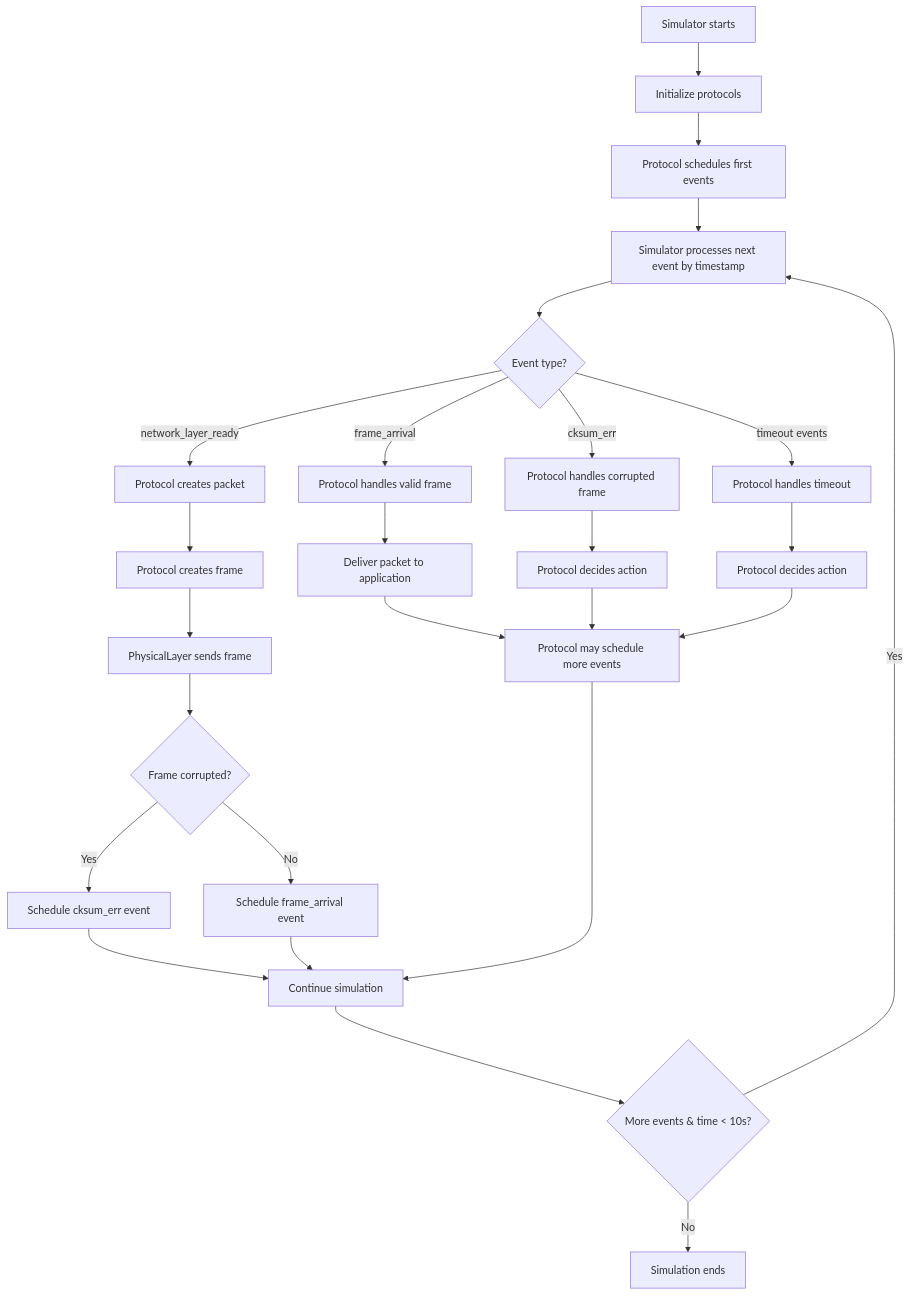
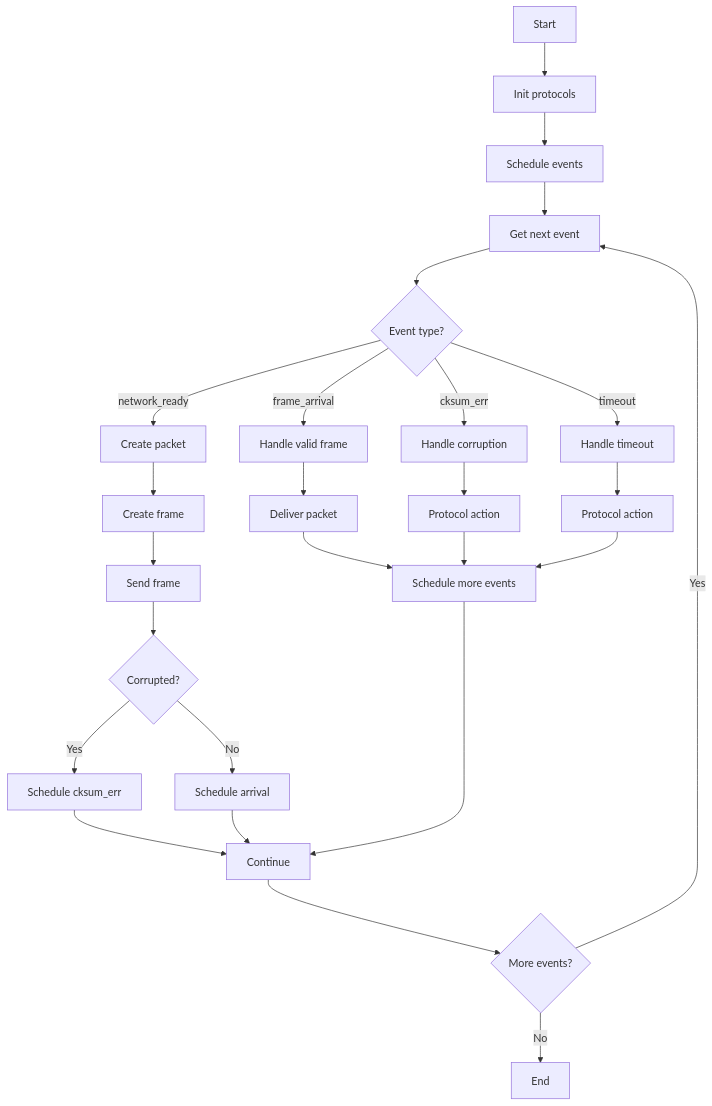
One commit to PavsTEC/network_simulator changed the first of 2 diagrams in README.md. Above: the diagram before and after it, drawn with Mermaid. The commit also changed other lines of this file, not shown here.

````diff
--- a/README.md
+++ b/README.md
@@ -19,34 +19,34 @@
 ```mermaid
 flowchart TD
-    A[Simulator starts] --> B[Initialize protocols]
-    B --> C[Protocol schedules first events]
-    C --> D[Simulator processes next event by timestamp]
+    A[Start] --> B[Init protocols]
+    B --> C[Schedule events]
+    C --> D[Get next event]
     D --> E{Event type?}
 
-    E -->|network_layer_ready| F[Protocol creates packet]
-    F --> G[Protocol creates frame]
-    G --> H[PhysicalLayer sends frame]
-    H --> I{Frame corrupted?}
-    I -->|Yes| J[Schedule cksum_err event]
-    I -->|No| K[Schedule frame_arrival event]
+    E -->|network_ready| F[Create packet]
+    F --> G[Create frame]
+    G --> H[Send frame]
+    H --> I{Corrupted?}
+    I -->|Yes| J[Schedule cksum_err]
+    I -->|No| K[Schedule arrival]
 
-    E -->|frame_arrival| L[Protocol handles valid frame]
-    L --> M[Deliver packet to application]
+    E -->|frame_arrival| L[Handle valid frame]
+    L --> M[Deliver packet]
 
-    E -->|cksum_err| N[Protocol handles corrupted frame]
-    N --> O[Protocol decides action]
+    E -->|cksum_err| N[Handle corruption]
+    N --> O[Protocol action]
 
-    E -->|timeout events| P[Protocol handles timeout]
-    P --> Q[Protocol decides action]
+    E -->|timeout| P[Handle timeout]
+    P --> Q[Protocol action]
 
-    J --> R[Continue simulation]
+    J --> R[Continue]
     K --> R
-    M --> S[Protocol may schedule more events]
+    M --> S[Schedule more events]
     O --> S
     Q --> S
     S --> R
 
-    R --> T{More events & time < 10s?}
+    R --> T{More events?}
     T -->|Yes| D
-    T -->|No| U[Simulation ends]
+    T -->|No| U[End]
 ```
````
